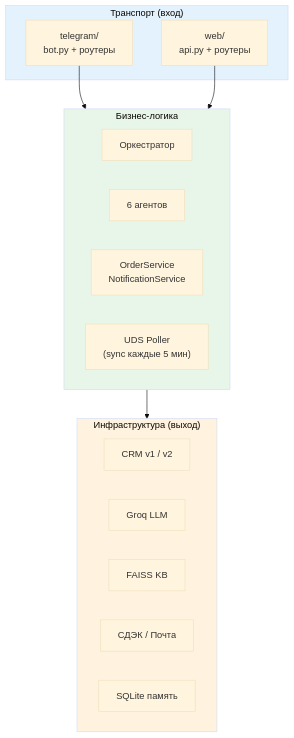
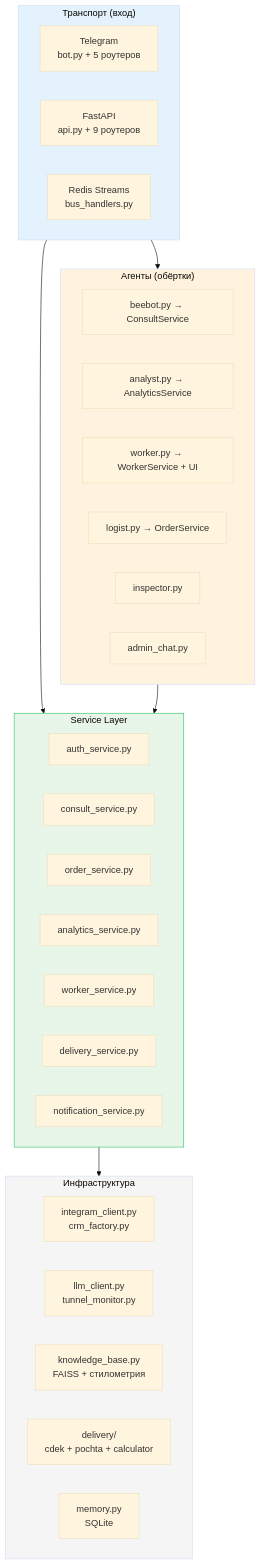
One commit to unidel2035/BEEBOT changed the tenth of 13 diagrams in docs/architecture.md. Above: the diagram before and after it, drawn with Mermaid (base theme). The commit also changed other lines of this file and 25 other files, not shown here.

````diff
--- a/docs/architecture.md
+++ b/docs/architecture.md
@@ -292,30 +402,45 @@
 ```mermaid
 graph TB
     subgraph TRANSPORT["Транспорт (вход)"]
-        TG["telegram/<br/>bot.py + роутеры"]
-        WEB_T["web/<br/>api.py + роутеры"]
+        TG["Telegram<br/>bot.py + 5 роутеров"]
+        WEB_T["FastAPI<br/>api.py + 9 роутеров"]
+        REDIS_T["Redis Streams<br/>bus_handlers.py"]
     end
 
-    subgraph LOGIC["Бизнес-логика"]
-        ORCH_L["Оркестратор"]
-        AGENTS_L["6 агентов"]
-        SVC["OrderService<br/>NotificationService"]
-        UDS_L["UDS Poller<br/>(sync каждые 5 мин)"]
+    subgraph SVC["Service Layer"]
+        AUTH_F["auth_service.py"]
+        CONSULT_F["consult_service.py"]
+        ORDER_F["order_service.py"]
+        ANALYTICS_F["analytics_service.py"]
+        WORKER_F["worker_service.py"]
+        DELIVERY_F["delivery_service.py"]
+        NOTIFY_F["notification_service.py"]
     end
 
-    subgraph INFRA_L["Инфраструктура (выход)"]
-        CRM_L["CRM v1 / v2"]
-        LLM_L["Groq LLM"]
-        KB_L["FAISS KB"]
-        DEL_L["СДЭК / Почта"]
-        MEM_L["SQLite память"]
+    subgraph AGENTS_F["Агенты (обёртки)"]
+        BEEBOT_F["beebot.py → ConsultService"]
+        ANALYST_F["analyst.py → AnalyticsService"]
+        WORKER_AF["worker.py → WorkerService + UI"]
+        LOGIST_F["logist.py → OrderService"]
+        INSPECT_F["inspector.py"]
+        ADMIN_F["admin_chat.py"]
     end
 
-    TG --> LOGIC
-    WEB_T --> LOGIC
-    LOGIC --> INFRA_L
+    subgraph INFRA_F["Инфраструктура"]
+        CRM_F["integram_client.py<br/>crm_factory.py"]
+        LLM_F["llm_client.py<br/>tunnel_monitor.py"]
+        KB_F["knowledge_base.py<br/>FAISS + стилометрия"]
+        DEL_F["delivery/<br/>cdek + pochta + calculator"]
+        MEM_F["memory.py<br/>SQLite"]
+    end
+
+    TRANSPORT --> SVC
+    TRANSPORT --> AGENTS_F
+    AGENTS_F --> SVC
+    SVC --> INFRA_F
 
     style TRANSPORT fill:#e3f2fd
-    style LOGIC fill:#e8f5e9
-    style INFRA_L fill:#fff3e0
+    style SVC fill:#e8f5e9,stroke:#22c55e
+    style AGENTS_F fill:#fff3e0
+    style INFRA_F fill:#f5f5f5
 ```
````
